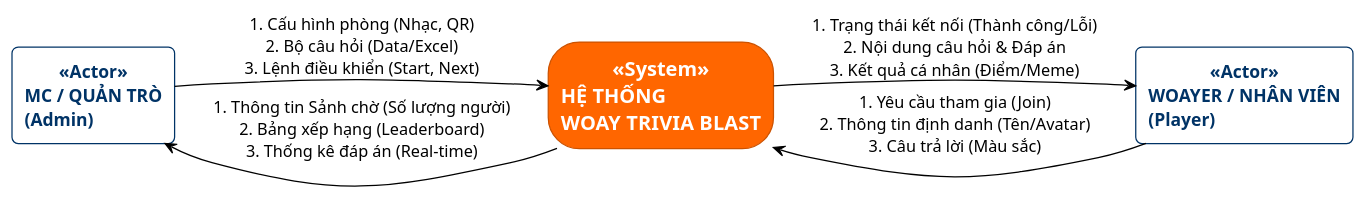
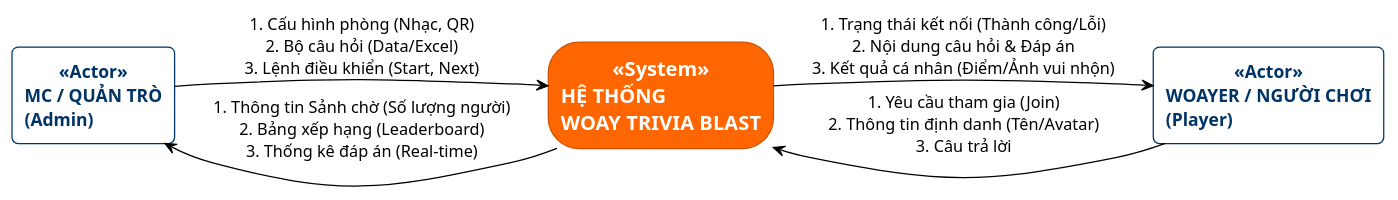
Before and after one commit to vovumewmew/Woay-Trivia-Blast: the diagram in Diagram/DFD_Level_0.puml, drawn with PlantUML. The commit also changed 8 other files, not shown here.

```diff
--- a/Diagram/DFD_Level_0.puml
+++ b/Diagram/DFD_Level_0.puml
@@ -1,50 +1,50 @@
 @startuml DFD_Level_0_Context
 !theme plain
 left to right direction
 skinparam roundCorner 10
 
 ' --- CẤU HÌNH GIAO DIỆN (THEME WOAY) ---
 skinparam rectangle {
     BorderColor #333333
     Shadowing false
 }
 
 ' 1. Tác nhân (External Entity) - Hình chữ nhật vuông
 skinparam rectangle<<Actor>> {
     BackgroundColor White
     BorderColor #003366
     FontColor #003366
     FontStyle Bold
 }
 
 ' 2. Hệ thống (Process 0) - Hình bo tròn, màu Cam nổi bật
 skinparam rectangle<<System>> {
     BackgroundColor #FF6600
     BorderColor #CC5200
     FontColor White
     FontSize 16
     FontStyle Bold
     RoundCorner 50
 }
 
 ' --- ĐỊNH NGHĨA CÁC KHỐI ---
 
 rectangle "MC / QUẢN TRÒ\n(Admin)" as MC <<Actor>>
-rectangle "WOAYER / NHÂN VIÊN\n(Player)" as Player <<Actor>>
+rectangle "WOAYER / NGƯỜI CHƠI\n(Player)" as Player <<Actor>>
 
 ' Hệ thống nằm giữa - Đại diện cho toàn bộ Mini-game
 rectangle "HỆ THỐNG\nWOAY TRIVIA BLAST" as System <<System>>
 
 ' --- LUỒNG DỮ LIỆU (DATA FLOW) ---
 
 ' 1. Luồng MC (Quản trị & Điều khiển)
 MC --> System : 1. Cấu hình phòng (Nhạc, QR)\n2. Bộ câu hỏi (Data/Excel)\n3. Lệnh điều khiển (Start, Next)
 
 System --> MC : 1. Thông tin Sảnh chờ (Số lượng người)\n2. Bảng xếp hạng (Leaderboard)\n3. Thống kê đáp án (Real-time)
 
 ' 2. Luồng Player (Tương tác)
-Player --> System : 1. Yêu cầu tham gia (Join)\n2. Thông tin định danh (Tên/Avatar)\n3. Câu trả lời (Màu sắc)
+Player --> System : 1. Yêu cầu tham gia (Join)\n2. Thông tin định danh (Tên/Avatar)\n3. Câu trả lời
 
-System --> Player : 1. Trạng thái kết nối (Thành công/Lỗi)\n2. Nội dung câu hỏi & Đáp án\n3. Kết quả cá nhân (Điểm/Meme)
+System --> Player : 1. Trạng thái kết nối (Thành công/Lỗi)\n2. Nội dung câu hỏi & Đáp án\n3. Kết quả cá nhân (Điểm/Ảnh vui nhộn)
 
 @enduml
```
